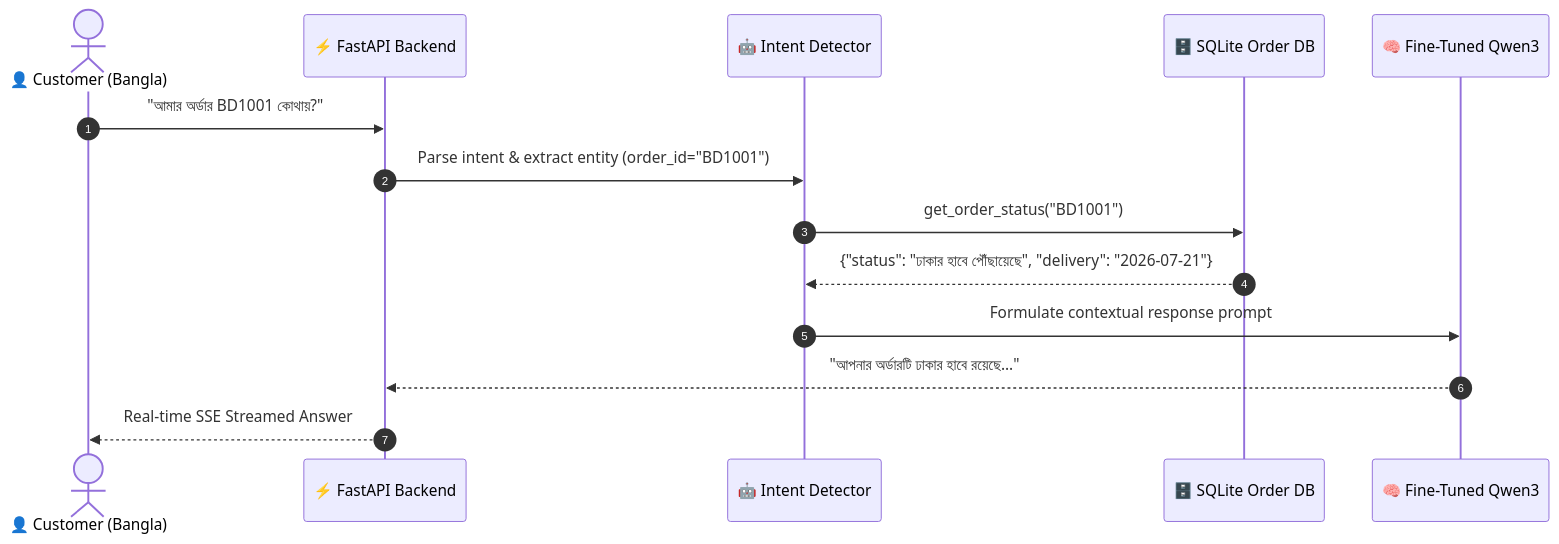
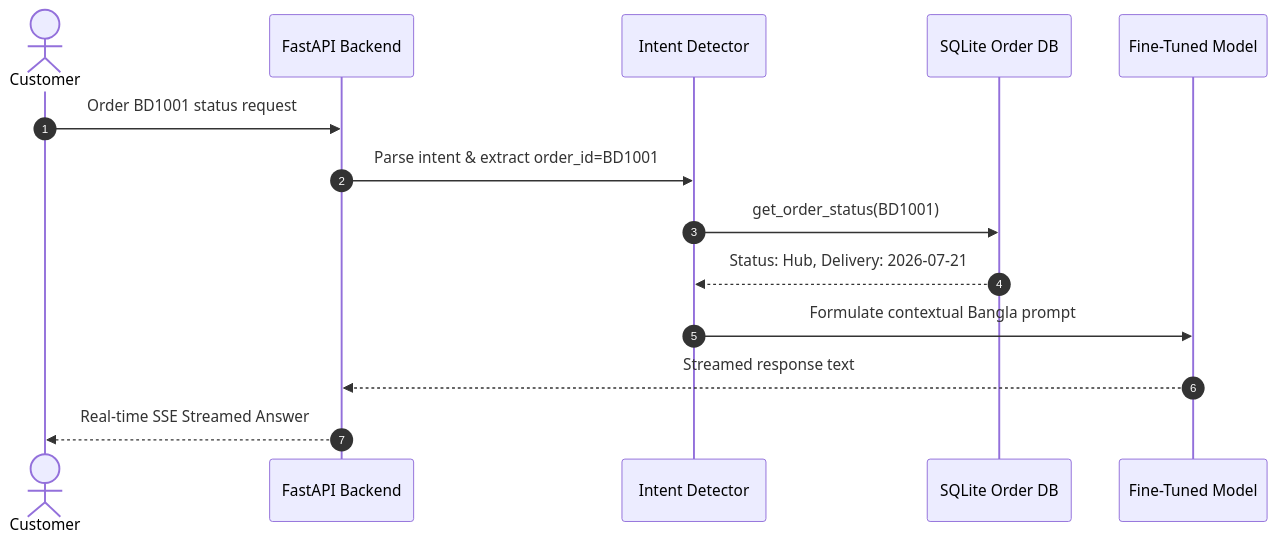
The third of 3 diagrams in README.md (mrshibly/BanglaSupport-LLM), drawn with Mermaid before and after one commit. The commit also changed other lines of this file, not shown here.

Commit message:
Fix Mermaid diagram syntax for GitHub rendering

````diff
--- a/README.md
+++ b/README.md
@@ -92,17 +92,17 @@
 ```mermaid
 sequenceDiagram
     autonumber
-    actor Customer as 👤 Customer (Bangla)
-    participant API as ⚡ FastAPI Backend
-    participant Agent as 🤖 Intent Detector
-    participant DB as 🗄️ SQLite Order DB
-    participant LLM as 🧠 Fine-Tuned Qwen3
+    actor Customer as Customer
+    participant API as FastAPI Backend
+    participant Agent as Intent Detector
+    participant DB as SQLite Order DB
+    participant LLM as Fine-Tuned Model
 
-    Customer->>API: "আমার অর্ডার BD1001 কোথায়?"
-    API->>Agent: Parse intent & extract entity (order_id="BD1001")
-    Agent->>DB: get_order_status("BD1001")
-    DB-->>Agent: {"status": "ঢাকার হাবে পৌঁছায়েছে", "delivery": "2026-07-21"}
-    Agent->>LLM: Formulate contextual response prompt
-    LLM-->>API: "আপনার অর্ডারটি ঢাকার হাবে রয়েছে..."
+    Customer->>API: Order BD1001 status request
+    API->>Agent: Parse intent & extract order_id=BD1001
+    Agent->>DB: get_order_status(BD1001)
+    DB-->>Agent: Status: Hub, Delivery: 2026-07-21
+    Agent->>LLM: Formulate contextual Bangla prompt
+    LLM-->>API: Streamed response text
     API-->>Customer: Real-time SSE Streamed Answer
 ```
````
